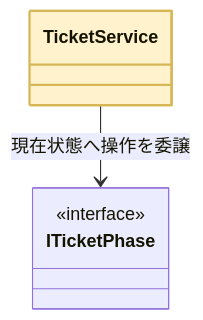
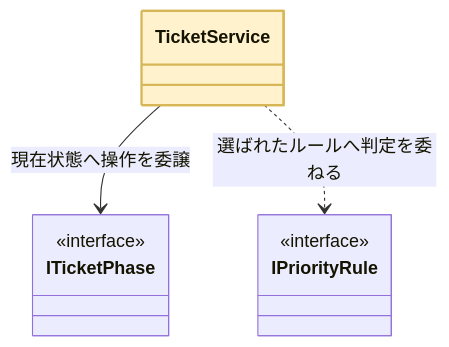
One commit to kumachan1101-pixel/DesignPattern changed diagram 11 of 22 in kindle/design-patterns/output/chapter09_2.md. Above: the diagram before and after it, drawn with Mermaid. The commit also changed other lines of this file and 4 other files, not shown here.

````diff
--- a/kindle/design-patterns/output/chapter09_2.md
+++ b/kindle/design-patterns/output/chapter09_2.md
@@ -1768,8 +1844,10 @@
 ```mermaid
 classDiagram
     class TicketService
     class ITicketPhase { <<interface>> }
+    class IPriorityRule { <<interface>> }
     TicketService --> ITicketPhase : 現在状態へ操作を委譲
+    TicketService ..> IPriorityRule : 選ばれたルールへ判定を委ねる
     class TicketService:::focus
     classDef focus fill:#FFF2CC,stroke:#D6B656,stroke-width:2px
 ```
````
